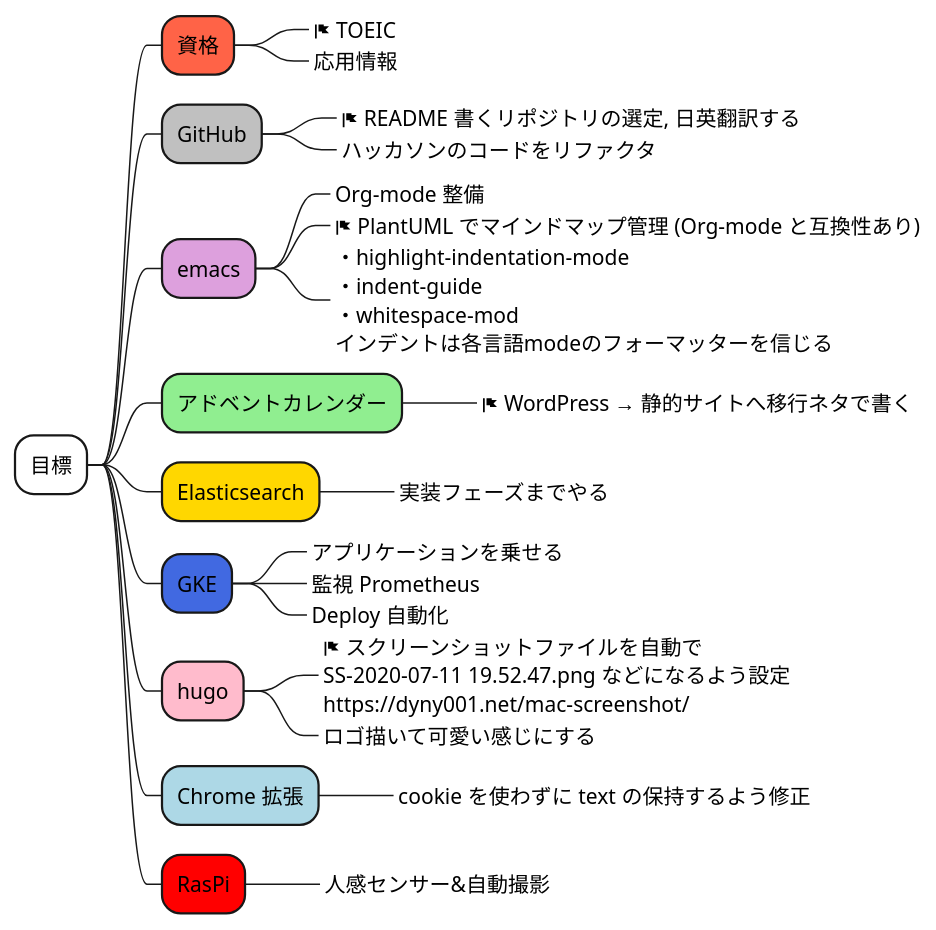
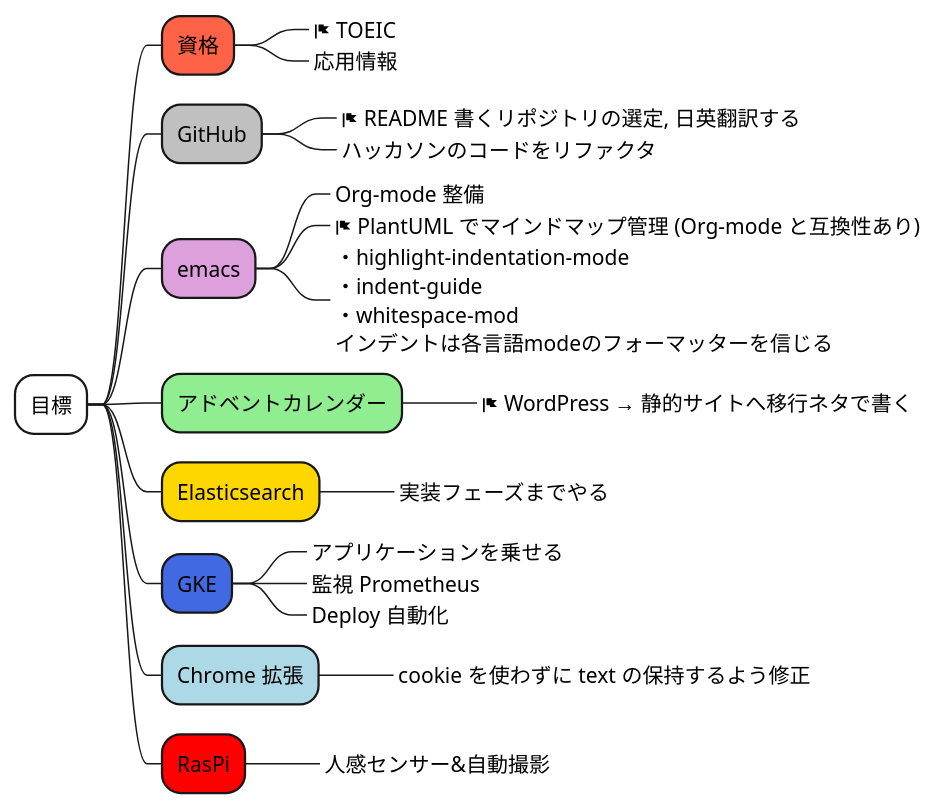
Before and after one commit to Ishizuka427/MindMap: the diagram in test.puml, drawn with PlantUML.

```diff
--- a/test.puml
+++ b/test.puml
@@ -1,28 +1,25 @@
 @startmindmap
 *[#white] 目標
 **[#tomato] 資格
 ***_ <&flag> TOEIC
 ***_ 応用情報
 **[#silver] GitHub
 ***_ <&flag> README 書くリポジトリの選定, 日英翻訳する
 ***_ ハッカソンのコードをリファクタ
 **[#plum] emacs
 ***_ Org-mode 整備
 ***_ <&flag> PlantUML でマインドマップ管理 (Org-mode と互換性あり)
 ***_ ・highlight-indentation-mode \n・indent-guide \n・whitespace-mod \nインデントは各言語modeのフォーマッターを信じる
 **[#lightgreen] アドベントカレンダー
 ***_ <&flag> WordPress → 静的サイトへ移行ネタで書く
 **[#gold] Elasticsearch
 ***_ 実装フェーズまでやる
 **[#royalblue] GKE
 ***_ アプリケーションを乗せる
 ***_ 監視 Prometheus
 ***_ Deploy 自動化 
-**[#FFBBCC] hugo
-***_ <&flag> スクリーンショットファイルを自動で \nSS-2020-07-11 19.52.47.png などになるよう設定 \nhttps://dyny001.net/mac-screenshot/
-***_ ロゴ描いて可愛い感じにする
 **[#lightblue] Chrome 拡張
 ***_ cookie を使わずに text の保持するよう修正
 **[#red] RasPi
 ***_ 人感センサー&自動撮影
 @endmindmap
```
